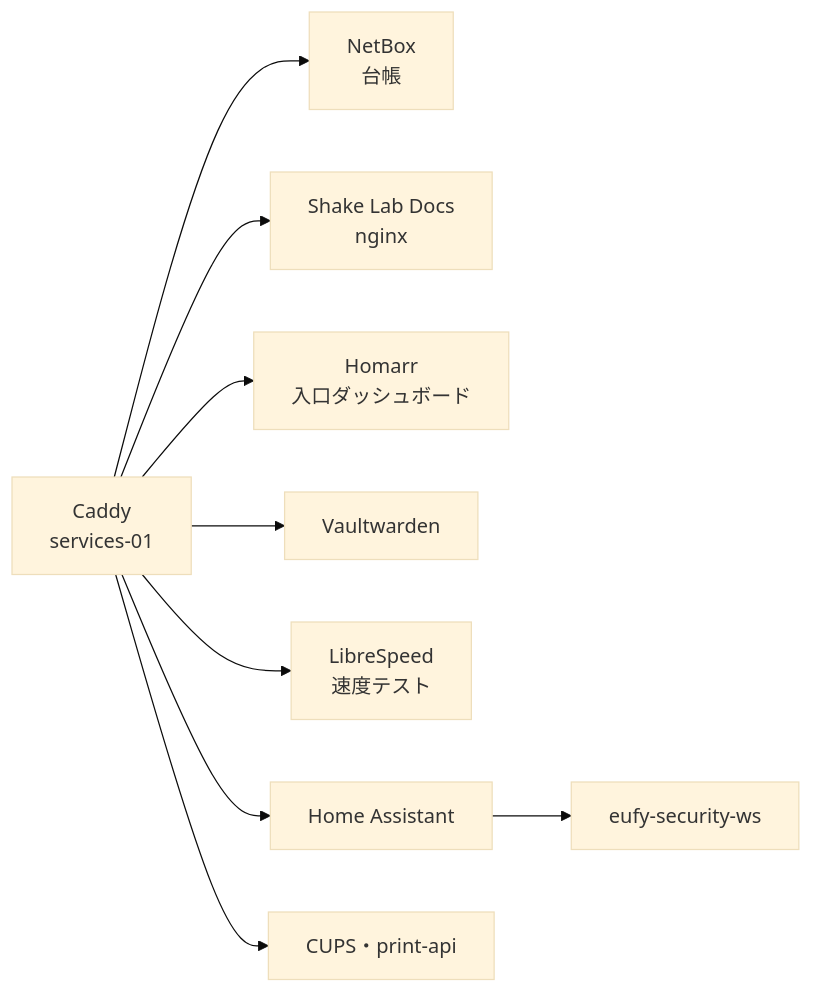
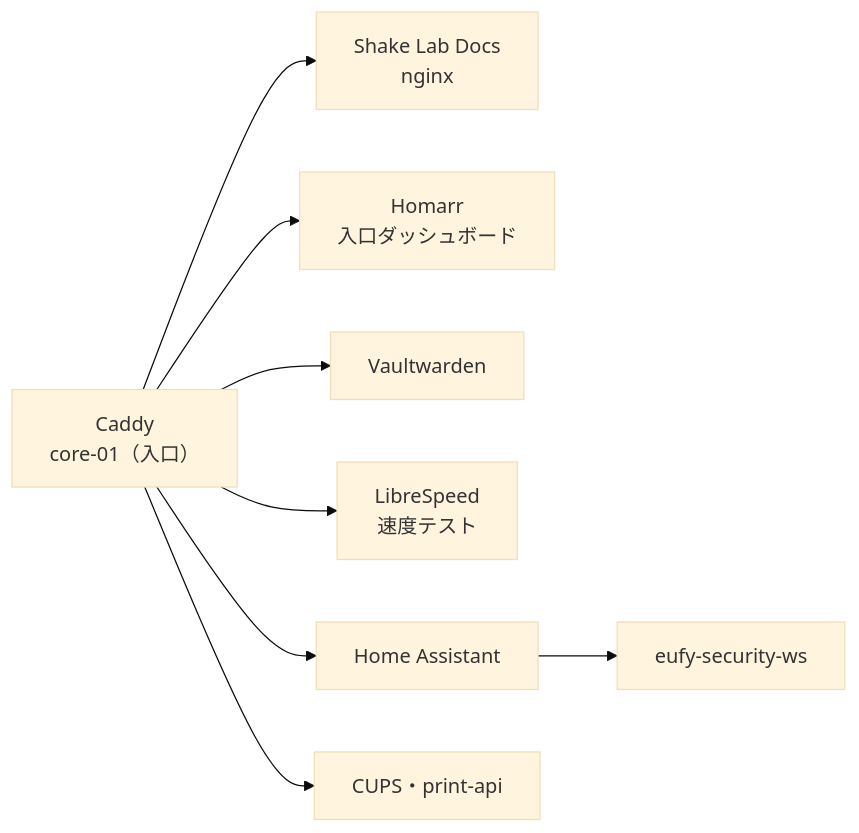
One commit to rurutheGeek/shake-cloud changed the sixth of 14 diagrams in docs/architecture/overview.md. Above: the diagram before and after it, drawn with Mermaid (base theme). The commit also changed other lines of this file and 67 other files, not shown here.

````diff
--- a/docs/architecture/overview.md
+++ b/docs/architecture/overview.md
@@ -239,21 +237,19 @@
 ```mermaid
 flowchart LR
-  caddy["Caddy<br/>services-01"]
-  netbox["NetBox<br/>台帳"]
+  caddy["Caddy<br/>core-01（入口）"]
   docs["Shake Lab Docs<br/>nginx"]
   homarr["Homarr<br/>入口ダッシュボード"]
   vault["Vaultwarden"]
   speed["LibreSpeed<br/>速度テスト"]
   ha["Home Assistant"]
   eufy["eufy-security-ws"]
   cups["CUPS・print-api"]
 
-  caddy --> netbox
   caddy --> docs
   caddy --> homarr
   caddy --> vault
   caddy --> speed
   caddy --> ha
   caddy --> cups
   ha --> eufy
 ```
````
